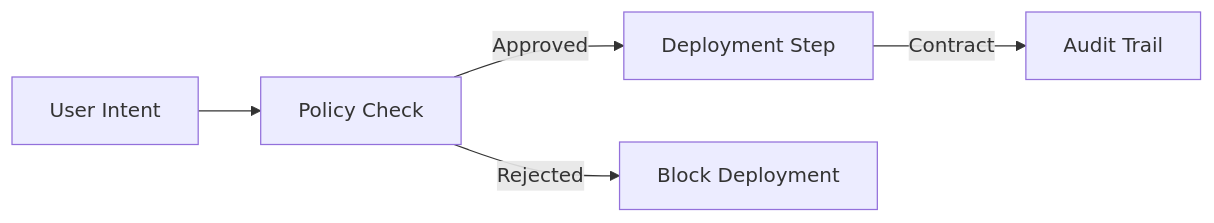
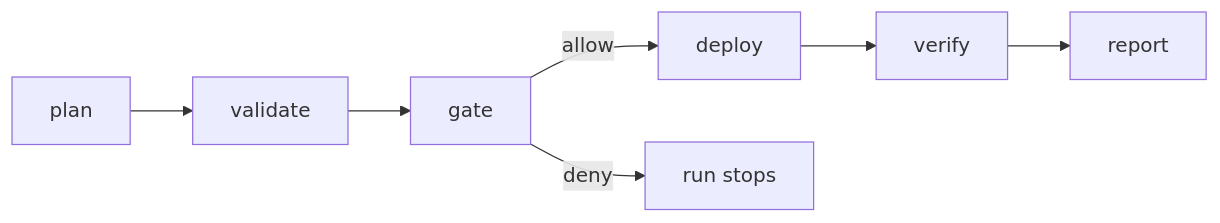
The diagram in docs/architecture/overview.md (glassops-platform/glassops), drawn with Mermaid before and after one commit. The commit also changed other lines of this file and 3 other files, not shown here.

````diff
--- a/docs/architecture/overview.md
+++ b/docs/architecture/overview.md
@@ -13,7 +13,9 @@
 ```mermaid
 graph LR
-    Intent[User Intent] --> Policy[Policy Check]
-    Policy -->|Approved| Exec[Deployment Step]
-    Exec -->|Contract| Audit[Audit Trail]
-    Policy -->|Rejected| Block[Block Deployment]
+    Plan[plan] --> Validate[validate]
+    Validate --> Gate[gate]
+    Gate -->|allow| Deploy[deploy]
+    Gate -->|deny| Stop[run stops]
+    Deploy --> Verify[verify]
+    Verify --> Report[report]
 ```
````
